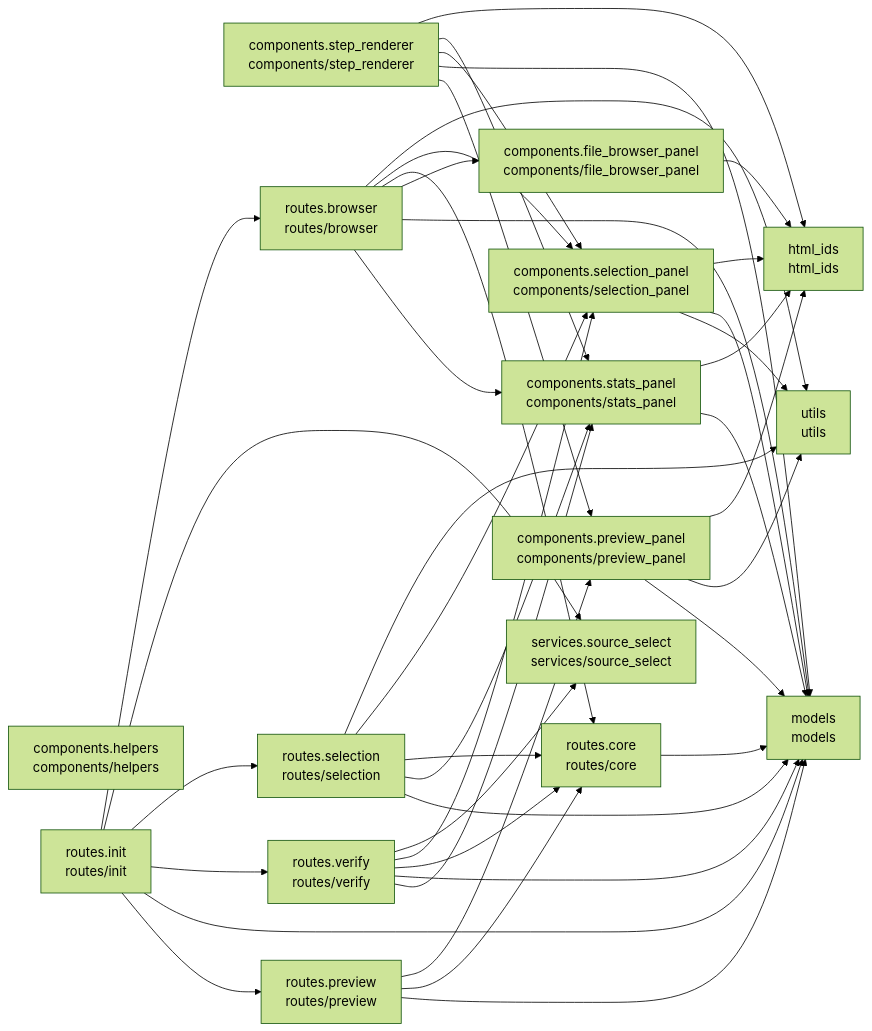
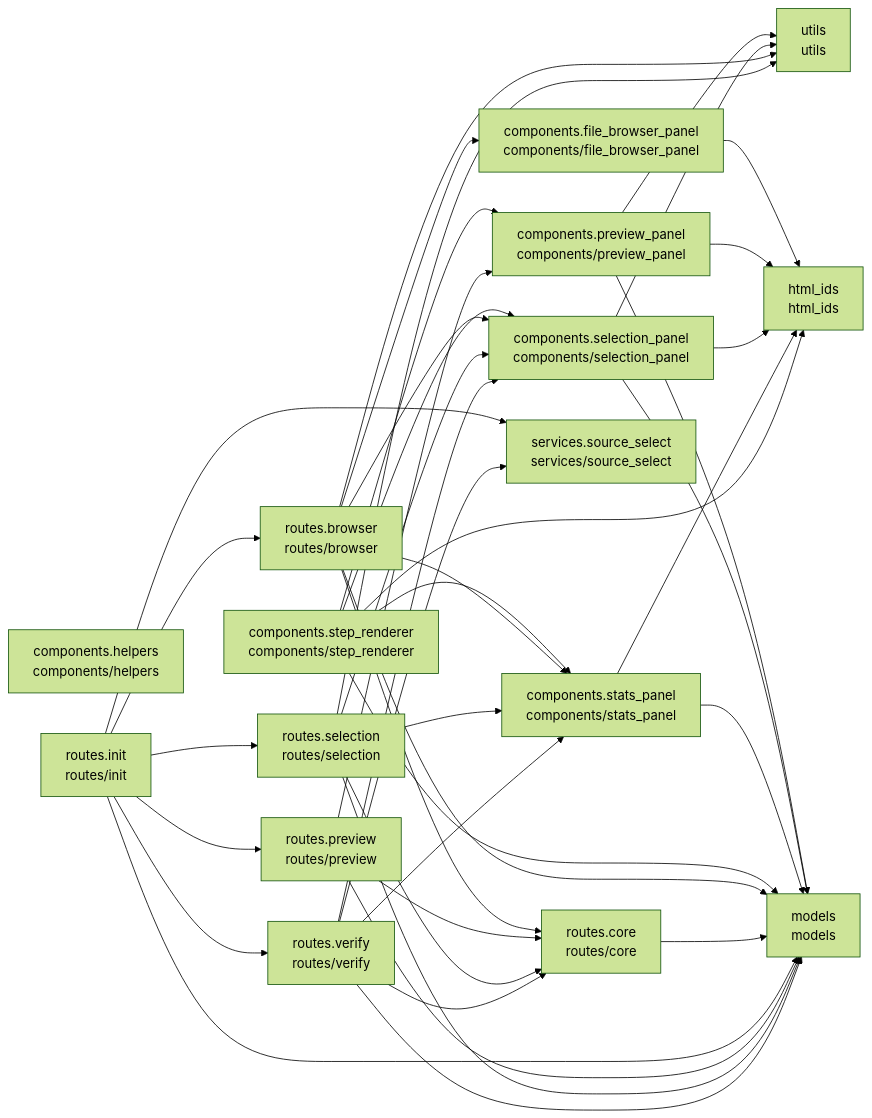
One commit to cj-mills/cjm-transcription-source-select changed the diagram in README.md. Above: the diagram before and after it, drawn with Mermaid (forest theme). The commit also changed other lines of this file and 9 other files, not shown here.

````diff
--- a/README.md
+++ b/README.md
@@ -39,60 +39,60 @@
 ``` mermaid
 graph LR
     components_file_browser_panel[components.file_browser_panel<br/>components/file_browser_panel]
     components_helpers[components.helpers<br/>components/helpers]
     components_preview_panel[components.preview_panel<br/>components/preview_panel]
     components_selection_panel[components.selection_panel<br/>components/selection_panel]
     components_stats_panel[components.stats_panel<br/>components/stats_panel]
     components_step_renderer[components.step_renderer<br/>components/step_renderer]
     html_ids[html_ids<br/>html_ids]
     models[models<br/>models]
     routes_browser[routes.browser<br/>routes/browser]
     routes_core[routes.core<br/>routes/core]
     routes_init[routes.init<br/>routes/init]
     routes_preview[routes.preview<br/>routes/preview]
     routes_selection[routes.selection<br/>routes/selection]
     routes_verify[routes.verify<br/>routes/verify]
     services_source_select[services.source_select<br/>services/source_select]
     utils[utils<br/>utils]
 
     components_file_browser_panel --> html_ids
+    components_preview_panel --> utils
     components_preview_panel --> html_ids
-    components_preview_panel --> utils
     components_preview_panel --> models
-    components_selection_panel --> html_ids
     components_selection_panel --> models
     components_selection_panel --> utils
+    components_selection_panel --> html_ids
+    components_stats_panel --> models
     components_stats_panel --> html_ids
-    components_stats_panel --> models
+    components_step_renderer --> components_selection_panel
+    components_step_renderer --> components_preview_panel
+    components_step_renderer --> models
     components_step_renderer --> html_ids
     components_step_renderer --> components_stats_panel
-    components_step_renderer --> components_selection_panel
-    components_step_renderer --> models
-    components_step_renderer --> components_preview_panel
-    routes_browser --> utils
-    routes_browser --> components_selection_panel
-    routes_browser --> routes_core
     routes_browser --> components_file_browser_panel
     routes_browser --> models
+    routes_browser --> components_selection_panel
     routes_browser --> components_stats_panel
+    routes_browser --> routes_core
+    routes_browser --> utils
     routes_core --> models
-    routes_init --> routes_browser
+    routes_init --> routes_preview
     routes_init --> services_source_select
     routes_init --> routes_selection
+    routes_init --> models
+    routes_init --> routes_browser
     routes_init --> routes_verify
-    routes_init --> models
-    routes_init --> routes_preview
     routes_preview --> components_preview_panel
+    routes_preview --> models
     routes_preview --> routes_core
-    routes_preview --> models
+    routes_selection --> components_selection_panel
+    routes_selection --> components_stats_panel
+    routes_selection --> routes_core
+    routes_selection --> models
     routes_selection --> utils
-    routes_selection --> components_selection_panel
-    routes_selection --> routes_core
-    routes_selection --> components_stats_panel
-    routes_selection --> models
+    routes_verify --> routes_core
     routes_verify --> services_source_select
+    routes_verify --> models
     routes_verify --> components_selection_panel
-    routes_verify --> routes_core
-    routes_verify --> models
     routes_verify --> components_stats_panel
 ```
````
